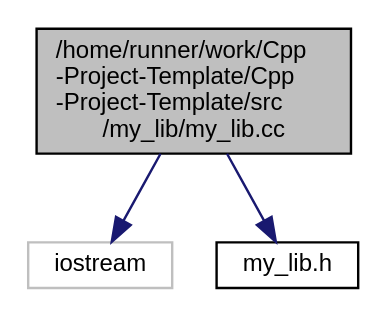
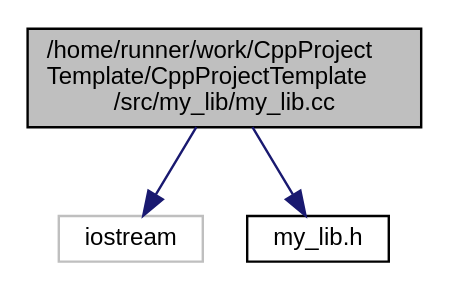
One commit to franneck94/CppProjectTemplate changed the diagram in my__lib_8cc__incl.dot. Above: the diagram before and after it, drawn with Graphviz. The commit also changed 8 other files, not shown here.

```diff
--- a/my__lib_8cc__incl.dot
+++ b/my__lib_8cc__incl.dot
@@ -1,11 +1,11 @@
-digraph "/home/runner/work/Cpp-Project-Template/Cpp-Project-Template/src/my_lib/my_lib.cc"
+digraph "/home/runner/work/CppProjectTemplate/CppProjectTemplate/src/my_lib/my_lib.cc"
 {
  // LATEX_PDF_SIZE
   edge [fontname="Helvetica",fontsize="10",labelfontname="Helvetica",labelfontsize="10"];
   node [fontname="Helvetica",fontsize="10",shape=record];
-  Node1 [label="/home/runner/work/Cpp\l-Project-Template/Cpp\l-Project-Template/src\l/my_lib/my_lib.cc",height=0.2,width=0.4,color="black", fillcolor="grey75", style="filled", fontcolor="black",tooltip=" "];
+  Node1 [label="/home/runner/work/CppProject\lTemplate/CppProjectTemplate\l/src/my_lib/my_lib.cc",height=0.2,width=0.4,color="black", fillcolor="grey75", style="filled", fontcolor="black",tooltip=" "];
   Node1 -> Node2 [color="midnightblue",fontsize="10",style="solid",fontname="Helvetica"];
   Node2 [label="iostream",height=0.2,width=0.4,color="grey75", fillcolor="white", style="filled",tooltip=" "];
   Node1 -> Node3 [color="midnightblue",fontsize="10",style="solid",fontname="Helvetica"];
   Node3 [label="my_lib.h",height=0.2,width=0.4,color="black", fillcolor="white", style="filled",URL="$my__lib_8h.html",tooltip=" "];
 }
```
